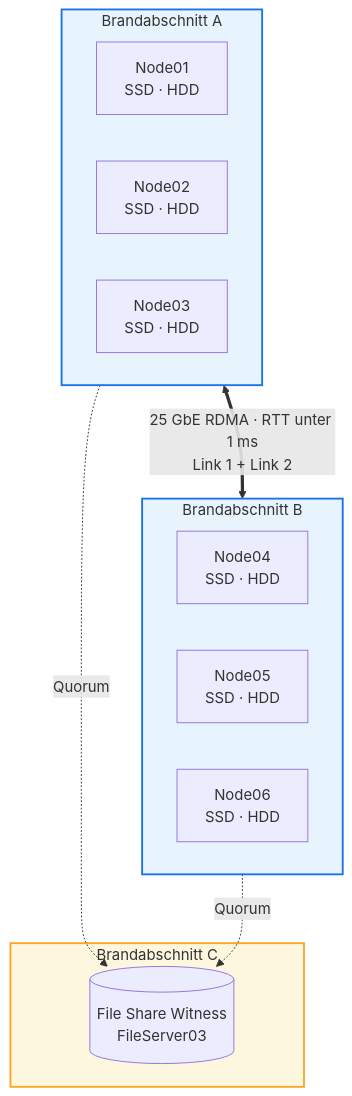
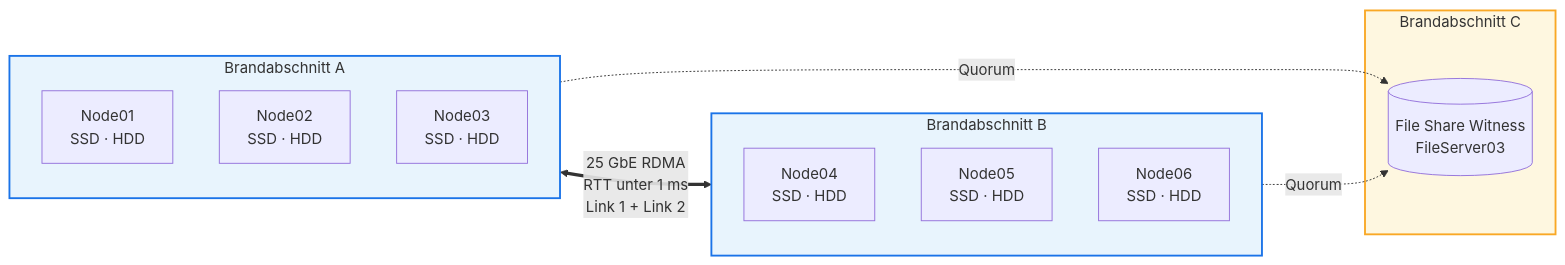
The diagram in docs/s2d-brandabschnitte.md (BetaHydri/S2D-Brandabschnitte), drawn with Mermaid before and after one commit.

Commit message:
docs: switch Mermaid topology to LR layout (side-by-side)

````diff
--- a/docs/s2d-brandabschnitte.md
+++ b/docs/s2d-brandabschnitte.md
@@ -240,28 +240,28 @@
 ```mermaid
-graph TB
+graph LR
     subgraph BA["Brandabschnitt A"]
-        direction LR
+        direction TB
         N1["Node01<br/>SSD · HDD"]
         N2["Node02<br/>SSD · HDD"]
         N3["Node03<br/>SSD · HDD"]
     end
 
     subgraph BB["Brandabschnitt B"]
-        direction LR
+        direction TB
         N4["Node04<br/>SSD · HDD"]
         N5["Node05<br/>SSD · HDD"]
         N6["Node06<br/>SSD · HDD"]
     end
 
     subgraph BC["Brandabschnitt C"]
         FSW[("File Share Witness<br/>FileServer03")]
     end
 
-    BA <==" 25 GbE RDMA · RTT unter 1 ms<br/>Link 1 + Link 2 "==> BB
+    BA <==" 25 GbE RDMA<br/>RTT unter 1 ms<br/>Link 1 + Link 2 "==> BB
     BA -." Quorum ".-> FSW
     BB -." Quorum ".-> FSW
 
     style BA fill:#e8f4fd,stroke:#1a73e8,stroke-width:2px
     style BB fill:#e8f4fd,stroke:#1a73e8,stroke-width:2px
     style BC fill:#fef7e0,stroke:#f9a825,stroke-width:2px
 ```
````
